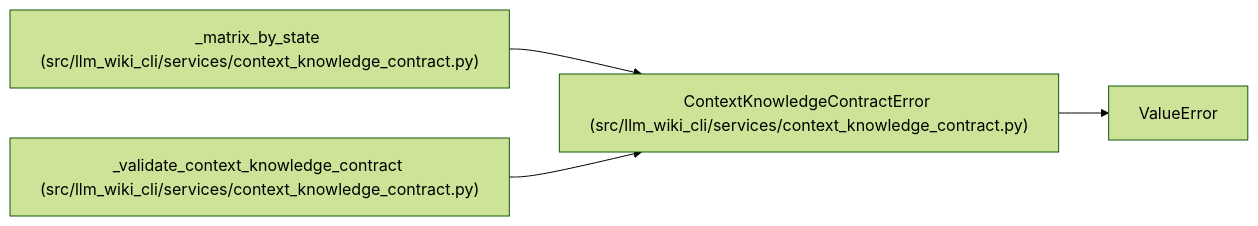
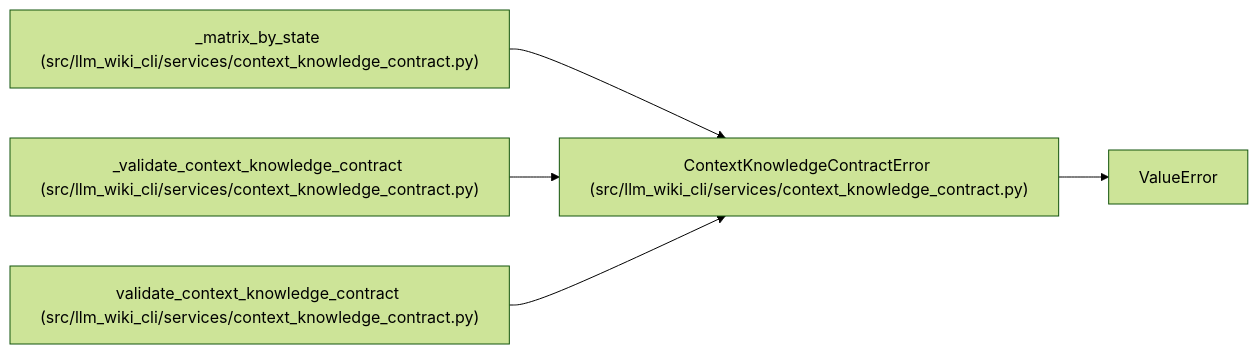
The diagram in docs/llm_wiki/entities/ContextKnowledgeContractError.md (Denissvgn/python-wiki-llm), drawn with Mermaid (forest theme) before and after one commit. The commit also changed other lines of this file and 493 other files, not shown here.

````diff
--- a/docs/llm_wiki/entities/ContextKnowledgeContractError.md
+++ b/docs/llm_wiki/entities/ContextKnowledgeContractError.md
@@ -23,13 +23,16 @@
 ```mermaid
 flowchart LR
     n0["ContextKnowledgeContractError (src/llm_wiki_cli/services/context_knowledge_contract.py)"]
     n1["ValueError"]
     n2["_matrix_by_state (src/llm_wiki_cli/services/context_knowledge_contract.py)"]
     n3["_validate_context_knowledge_contract (src/llm_wiki_cli/services/context_knowledge_contract.py)"]
+    n4["validate_context_knowledge_contract (src/llm_wiki_cli/services/context_knowledge_contract.py)"]
     n0 --> n1
     n2 --> n0
     n3 --> n0
+    n4 --> n0
     click n0 "../modules/context_knowledge_contract.md"
     click n2 "../modules/context_knowledge_contract.md"
     click n3 "../modules/context_knowledge_contract.md"
+    click n4 "../modules/context_knowledge_contract.md"
 ```
````
